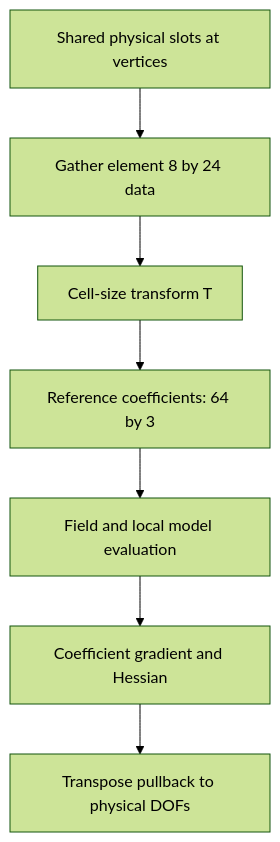
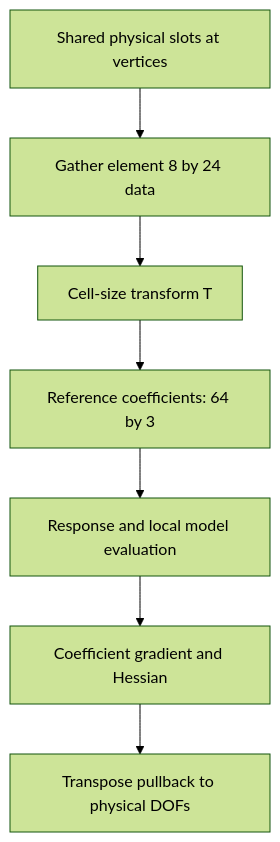
Before and after one commit to annajcy/litepgo: the diagram in docs/guide/fem/hermite.md, drawn with Mermaid (forest theme). The commit also changed other lines of this file and 23 other files, not shown here.

````diff
--- a/docs/guide/fem/hermite.md
+++ b/docs/guide/fem/hermite.md
@@ -14,11 +14,11 @@
 ```mermaid
 flowchart TB
   accTitle: Hermite DOF conversion and derivative pullback
   accDescr: A gather reads shared physical value and derivative slots. Cell-size scaling maps them to reference coefficients for field evaluation. Coefficient derivatives are pulled back with transpose scaling to the physical DOFs.
   physical["Shared physical slots at vertices"] --> gather["Gather element 8 by 24 data"]
   gather --> scale["Cell-size transform T"]
   scale --> coefficients["Reference coefficients: 64 by 3"]
-  coefficients --> evaluation["Field and local model evaluation"]
+  coefficients --> evaluation["Response and local model evaluation"]
   evaluation --> derivatives["Coefficient gradient and Hessian"]
   derivatives --> pullback["Transpose pullback to physical DOFs"]
 ```
````
